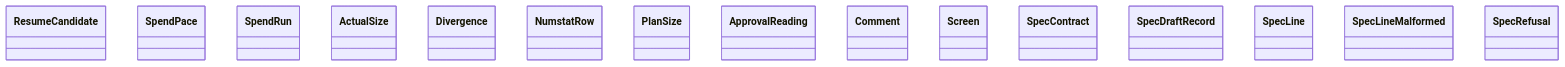
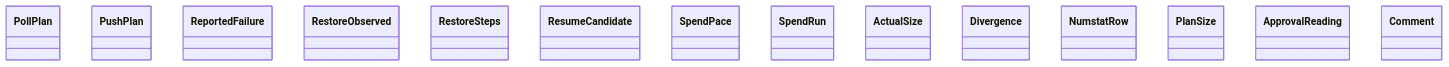
Before and after one commit to GonzaloZevallos/agentic-system: the diagram in docs/architecture/generated/classes-process-domain-state-3.md, drawn with Mermaid. The commit also changed other lines of this file and 38 other files, not shown here.

````diff
--- a/docs/architecture/generated/classes-process-domain-state-3.md
+++ b/docs/architecture/generated/classes-process-domain-state-3.md
@@ -31,18 +32,17 @@
 ```mermaid
 classDiagram
+    class rules__PollPlan["PollPlan"]
+    class rules__PushPlan["PushPlan"]
+    class rules__ReportedFailure["ReportedFailure"]
+    class rules__RestoreObserved["RestoreObserved"]
+    class rules__RestoreSteps["RestoreSteps"]
     class rules__ResumeCandidate["ResumeCandidate"]
     class rules__SpendPace["SpendPace"]
     class rules__SpendRun["SpendRun"]
     class size_budget__ActualSize["ActualSize"]
     class size_budget__Divergence["Divergence"]
     class size_budget__NumstatRow["NumstatRow"]
     class size_budget__PlanSize["PlanSize"]
     class spec_approval__ApprovalReading["ApprovalReading"]
     class spec_approval__Comment["Comment"]
-    class spec_delivery__Screen["Screen"]
-    class spec_delivery__SpecContract["SpecContract"]
-    class spec_delivery__SpecDraftRecord["SpecDraftRecord"]
-    class spec_delivery__SpecLine["SpecLine"]
-    class spec_delivery__SpecLineMalformed["SpecLineMalformed"]
-    class spec_delivery__SpecRefusal["SpecRefusal"]
 ```
````
